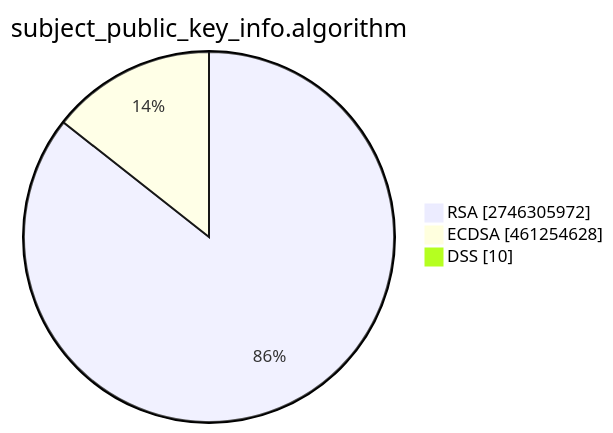
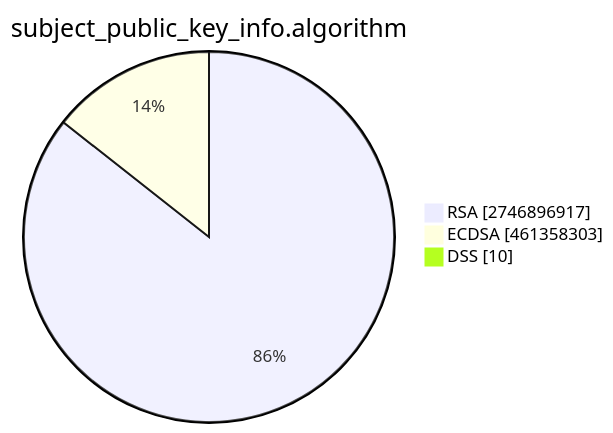
Before and after one commit to christiankrug/ctmonitor_visualization: the second of 15 diagrams in TOTAL/README.md, drawn with Mermaid. The commit also changed other lines of this file, not shown here.

````diff
--- a/TOTAL/README.md
+++ b/TOTAL/README.md
@@ -6,7 +6,7 @@
 ```mermaid
 pie showData
 title subject_public_key_info.algorithm
-"RSA" :2746305972
-"ECDSA" :461254628
+"RSA" :2746896917
+"ECDSA" :461358303
 "DSS" :10
 ```
````
